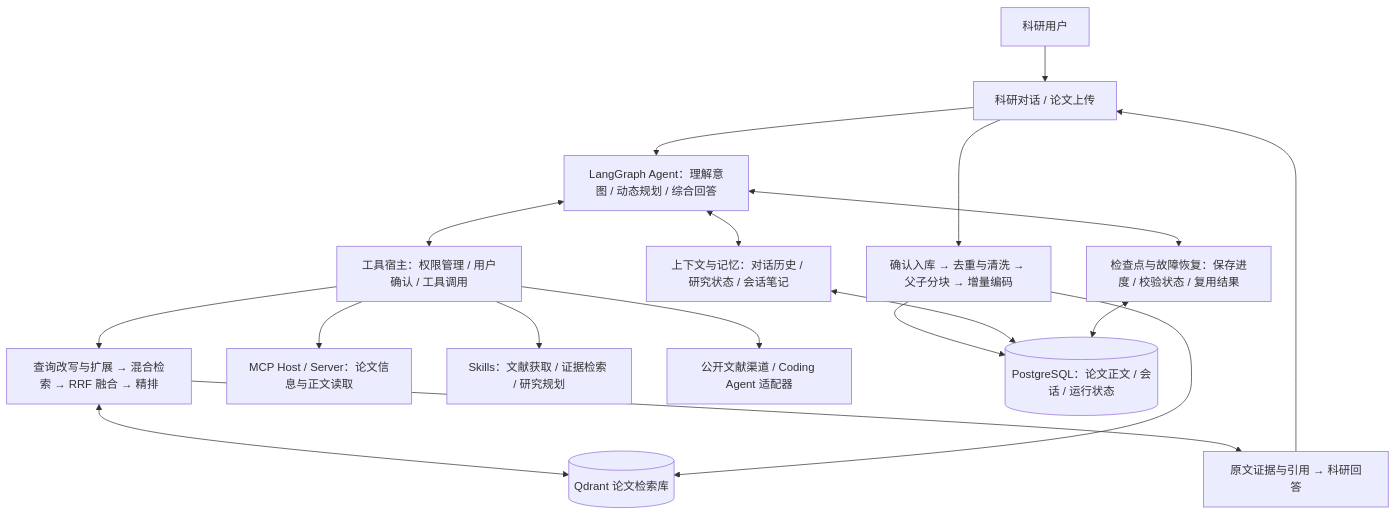
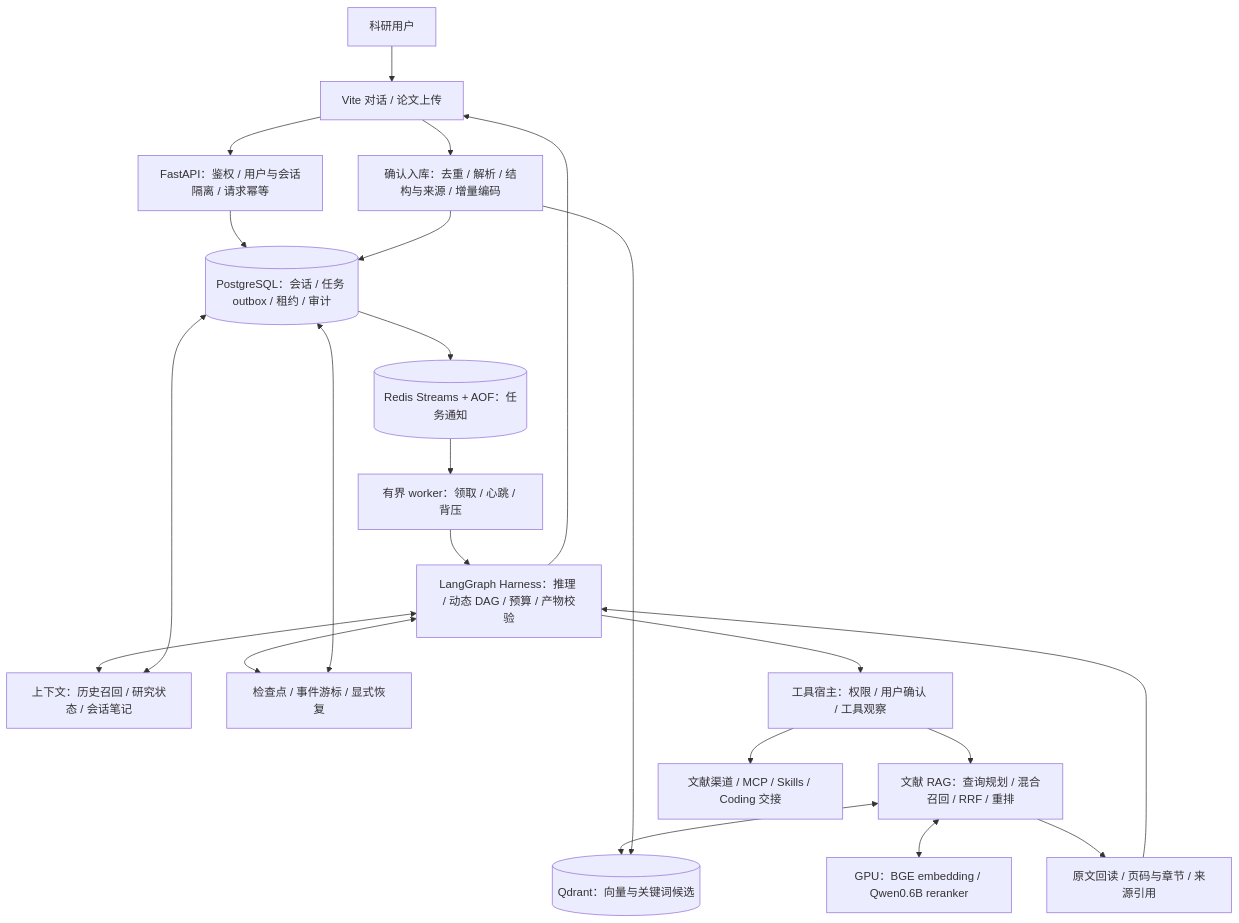
Before and after one commit to eternal-yangtze/research_claw: the first of 2 diagrams in README.md, drawn with Mermaid. The commit also changed other lines of this file and 87 other files, not shown here.

````diff
--- a/README.md
+++ b/README.md
@@ -30,20 +28,24 @@
 ```mermaid
 flowchart TB
-    User[科研用户] --> Entry[科研对话 / 论文上传]
-    Entry --> Agent[LangGraph Agent：理解意图 / 动态规划 / 综合回答]
-    Agent <--> Context[上下文与记忆：对话历史 / 研究状态 / 会话笔记]
-    Agent <--> Tools[工具宿主：权限管理 / 用户确认 / 工具调用]
-    Tools --> Retrieval[查询改写与扩展 → 混合检索 → RRF 融合 → 精排]
-    Retrieval <--> Qdrant[(Qdrant 论文检索库)]
-    Retrieval --> Evidence[原文证据与引用 → 科研回答]
-    Evidence --> Entry
-    Tools --> MCP[MCP Host / Server：论文信息与正文读取]
-    Tools --> Skills[Skills：文献获取 / 证据检索 / 研究规划]
-    Tools --> Channels[公开文献渠道 / Coding Agent 适配器]
-    Entry --> Build[确认入库 → 去重与清洗 → 父子分块 → 增量编码]
-    Build --> Qdrant
-    Build --> PG[(PostgreSQL：论文正文 / 会话 / 运行状态)]
+    User[科研用户] --> UI[Vite 对话 / 论文上传]
+    UI --> API[FastAPI：鉴权 / 用户与会话隔离 / 请求幂等]
+    API --> PG[(PostgreSQL：会话 / 任务 outbox / 租约 / 审计)]
+    PG --> Redis[(Redis Streams + AOF：任务通知)]
+    Redis --> Workers[有界 worker：领取 / 心跳 / 背压]
+    Workers --> Harness[LangGraph Harness：推理 / 动态 DAG / 预算 / 产物校验]
+    Harness <--> Context[上下文：历史召回 / 研究状态 / 会话笔记]
+    Harness <--> Journal[检查点 / 事件游标 / 显式恢复]
+    Journal <--> PG
     Context <--> PG
-    Agent <--> Recovery[检查点与故障恢复：保存进度 / 校验状态 / 复用结果]
-    Recovery <--> PG
+    Harness --> Tools[工具宿主：权限 / 用户确认 / 工具观察]
+    Tools --> RAG[文献 RAG：查询规划 / 混合召回 / RRF / 重排]
+    RAG <--> Qdrant[(Qdrant：向量与关键词候选)]
+    RAG <--> GPU[GPU：BGE embedding / Qwen0.6B reranker]
+    RAG --> Evidence[原文回读 / 页码与章节 / 来源引用]
+    Evidence --> Harness
+    Tools --> Other[文献渠道 / MCP / Skills / Coding 交接]
+    UI --> Ingest[确认入库：去重 / 解析 / 结构与来源 / 增量编码]
+    Ingest --> Qdrant
+    Ingest --> PG
+    Harness --> UI
 ```
````
